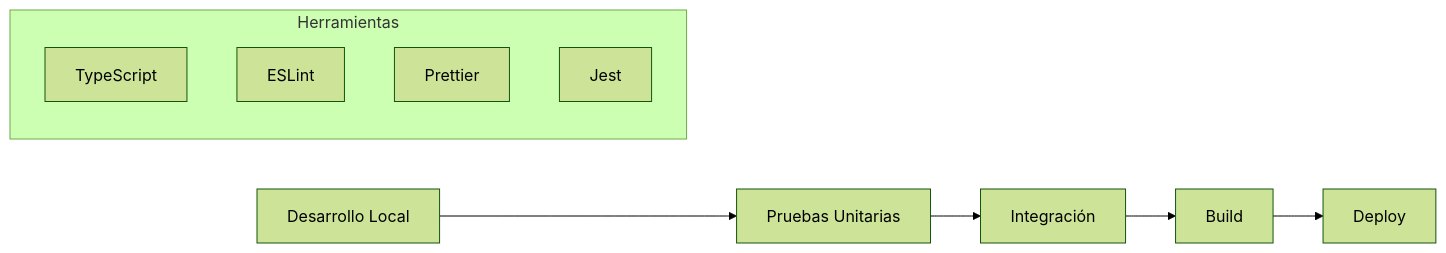
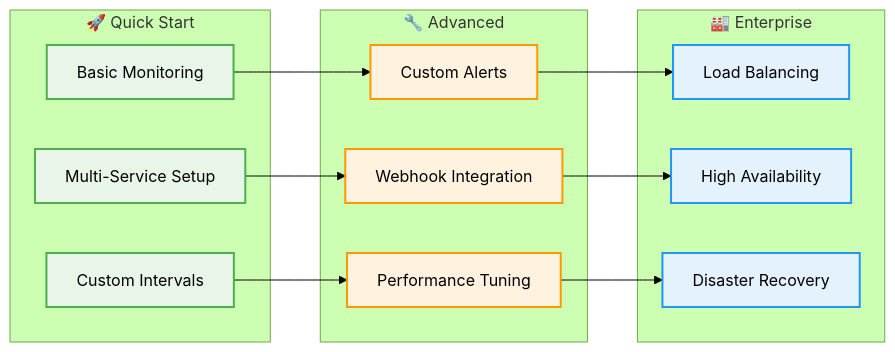
Before and after one commit to Khalest/NocApp: diagram 12 of 15 in README.md, drawn with Mermaid (forest theme). The commit also changed other lines of this file, not shown here.

````diff
--- a/README.md
+++ b/README.md
@@ -652,14 +1907,35 @@
 ```mermaid
-flowchart LR
-    A[Desarrollo Local] --> B[Pruebas Unitarias]
-    B --> C[Integración]
-    C --> D[Build]
-    D --> E[Deploy]
+graph LR
+    subgraph "🚀 Quick Start"
+        A[Basic Monitoring]
+        B[Multi-Service Setup]
+        C[Custom Intervals]
+    end
 
-    subgraph "Herramientas"
-        F[TypeScript]
-        G[ESLint]
-        H[Prettier]
-        I[Jest]
+    subgraph "🔧 Advanced"
+        D[Custom Alerts]
+        E[Webhook Integration]
+        F[Performance Tuning]
     end
+
+    subgraph "🏭 Enterprise"
+        G[Load Balancing]
+        H[High Availability]
+        I[Disaster Recovery]
+    end
+
+    A --> D
+    B --> E
+    C --> F
+    D --> G
+    E --> H
+    F --> I
+
+    classDef basic fill:#e8f5e8,stroke:#4caf50,stroke-width:2px
+    classDef advanced fill:#fff3e0,stroke:#ff9800,stroke-width:2px
+    classDef enterprise fill:#e3f2fd,stroke:#2196f3,stroke-width:2px
+
+    class A,B,C basic
+    class D,E,F advanced
+    class G,H,I enterprise
 ```
````
